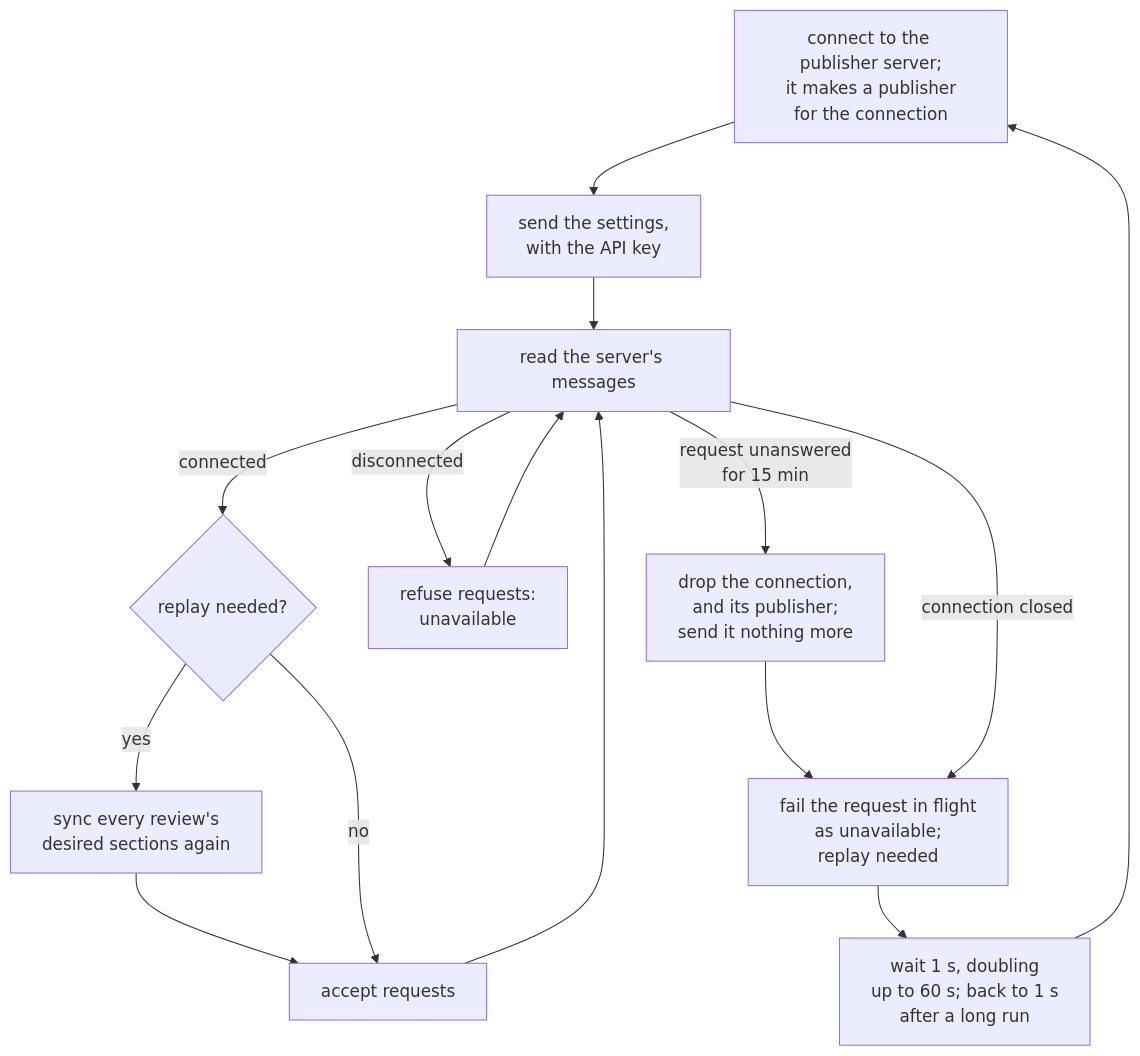
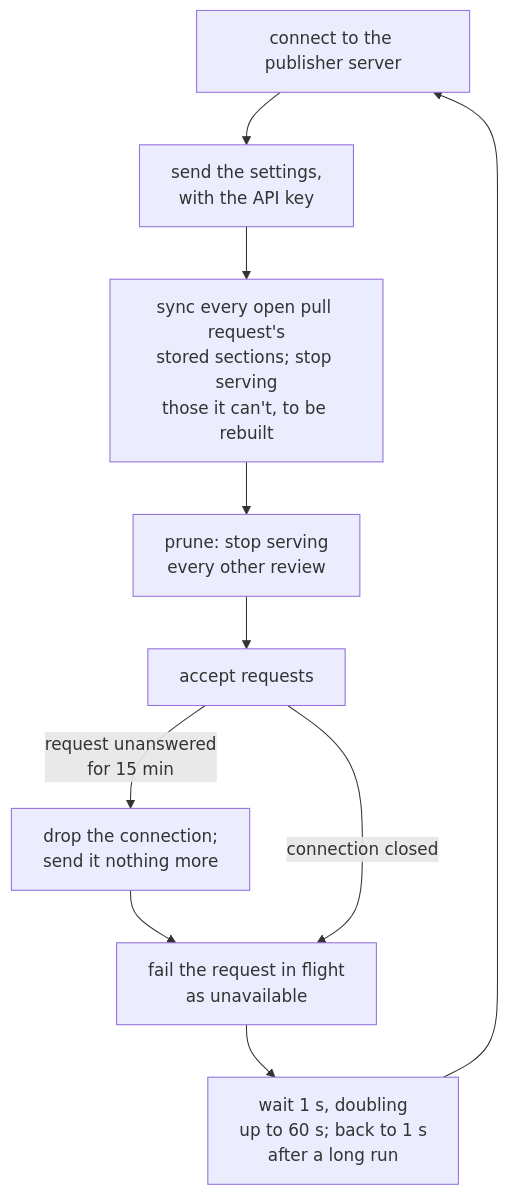
Before and after one commit to edgcpp/compiler: the sixth of 7 diagrams in dev_tools/services/acknowledg-forge/SANDBOXING.md, drawn with Mermaid. The commit also changed other lines of this file and 36 other files, not shown here.

````diff
--- a/dev_tools/services/acknowledg-forge/SANDBOXING.md
+++ b/dev_tools/services/acknowledg-forge/SANDBOXING.md
@@ -381,18 +396,13 @@
 ```mermaid
 flowchart TB
-  spawn[connect to the publisher server;<br/>it makes a publisher<br/>for the connection]
+  spawn[connect to the publisher server]
   spawn --> init[send the settings,<br/>with the API key]
-  init --> read[read the server's messages]
-  read -->|connected| replay{replay needed?}
-  replay -->|yes| resync[sync every review's<br/>desired sections again]
-  resync --> ready
-  replay -->|no| ready[accept requests]
-  ready --> read
-  read -->|disconnected| notready[refuse requests:<br/>unavailable]
-  notready --> read
-  read -->|request unanswered<br/>for 15 min| kill[drop the connection,<br/>and its publisher;<br/>send it nothing more]
+  init --> serve[sync every open pull request's<br/>stored sections; stop serving<br/>those it can't, to be rebuilt]
+  serve --> prune[prune: stop serving<br/>every other review]
+  prune --> ready[accept requests]
+  ready -->|request unanswered<br/>for 15 min| kill[drop the connection;<br/>send it nothing more]
   kill --> exited
-  read -->|connection closed| exited[fail the request in flight<br/>as unavailable;<br/>replay needed]
+  ready -->|connection closed| exited[fail the request in flight<br/>as unavailable]
   exited --> backoff[wait 1 s, doubling<br/>up to 60 s; back to 1 s<br/>after a long run]
   backoff --> spawn
 ```
````
